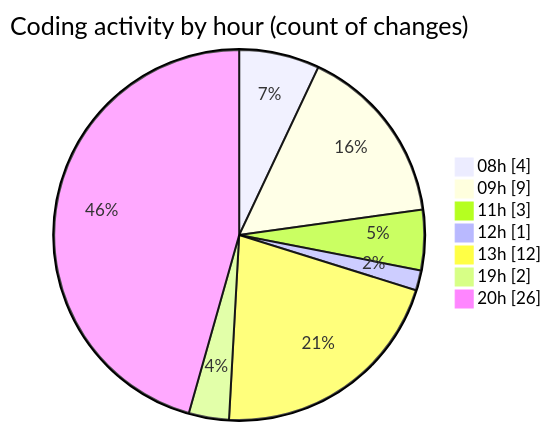
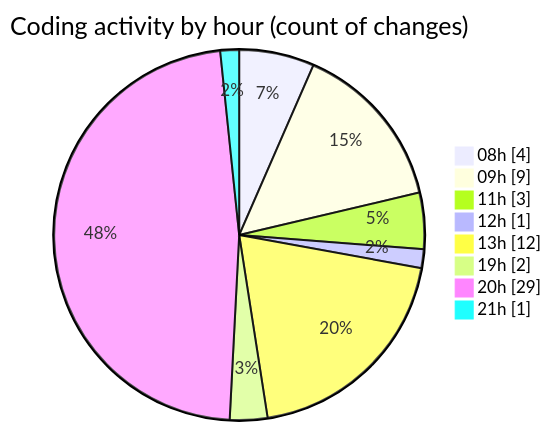
The second of 2 diagrams in 2025-05-07/samplepdf/README.md (momahboobian/code-tracking), drawn with Mermaid before and after one commit. The commit also changed other lines of this file and 1 other file, not shown here.

````diff
--- a/2025-05-07/samplepdf/README.md
+++ b/2025-05-07/samplepdf/README.md
@@ -38,11 +38,12 @@
 ```mermaid
 pie showData
 title Coding activity by hour (count of changes)
 "08h" : 4
 "09h" : 9
 "11h" : 3
 "12h" : 1
 "13h" : 12
 "19h" : 2
-"20h" : 26
+"20h" : 29
+"21h" : 1
 ```
````
